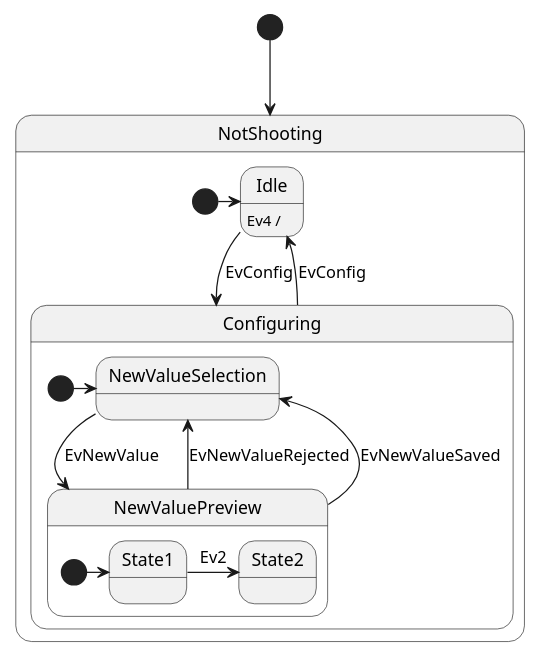
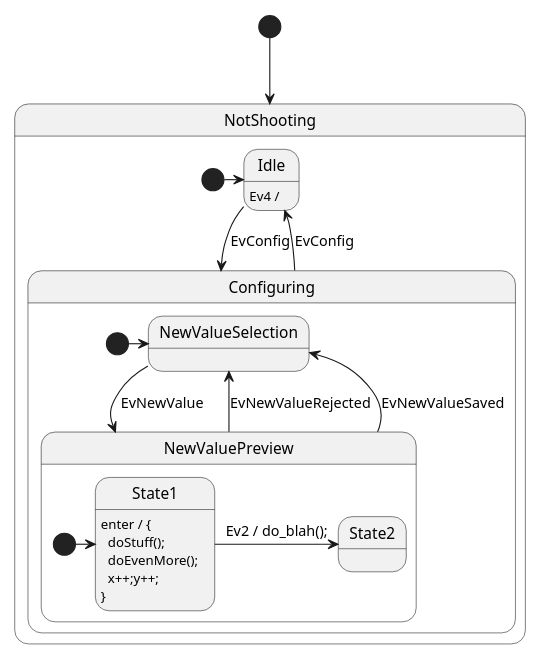
One commit to StateSmith/StateSmith changed the diagram in src/StateSmithTest/Output/Sim/diagrams/PlantEx1.puml. Above: the diagram before and after it, drawn with PlantUML. The commit also changed 11 other files, not shown here.

Commit message:
lib - Simulator - Simulator - support lower diagram detail setting. Closes #525.

```diff
--- a/src/StateSmithTest/Output/Sim/diagrams/PlantEx1.puml
+++ b/src/StateSmithTest/Output/Sim/diagrams/PlantEx1.puml
@@ -1,35 +1,40 @@
 @startuml PlantEx1
 ' from https://plantuml.com/state-diagram
 scale 350 width
 [*] --> NotShooting
 
 state NotShooting {
   [*] -> Idle
   Idle --> Configuring : EvConfig
   Configuring --> Idle : EvConfig
 }
 
 state Configuring {
   [*] -> NewValueSelection
   NewValueSelection --> NewValuePreview : EvNewValue
   NewValuePreview --> NewValueSelection : EvNewValueRejected
   NewValuePreview --> NewValueSelection : EvNewValueSaved
 
   state NewValuePreview {
     [*] -> State1
-    State1 -> State2 : Ev2
+    State1 -> State2 : Ev2 / do_blah();
   }
 }
 
 ' Test below event consume for https://github.com/StateSmith/StateSmith/issues/355
 Idle: Ev4 /
+
+State1: enter / {\n  doStuff();\n  doEvenMore();\n  x++;y++;\n}
 
 ' The below is meant to test https://github.com/StateSmith/StateSmith/issues/337
 /'! $CONFIG : toml
 [RenderConfig.JavaScript]
 ClassCode = "blah blah"
 ExtendsSuperClass = "SomeUserClass"
 UseExportOnClass = true
+
+[SmRunnerSettings.simulation]
+lowerDiagramDetail = true
 '/
 
 @enduml
```
